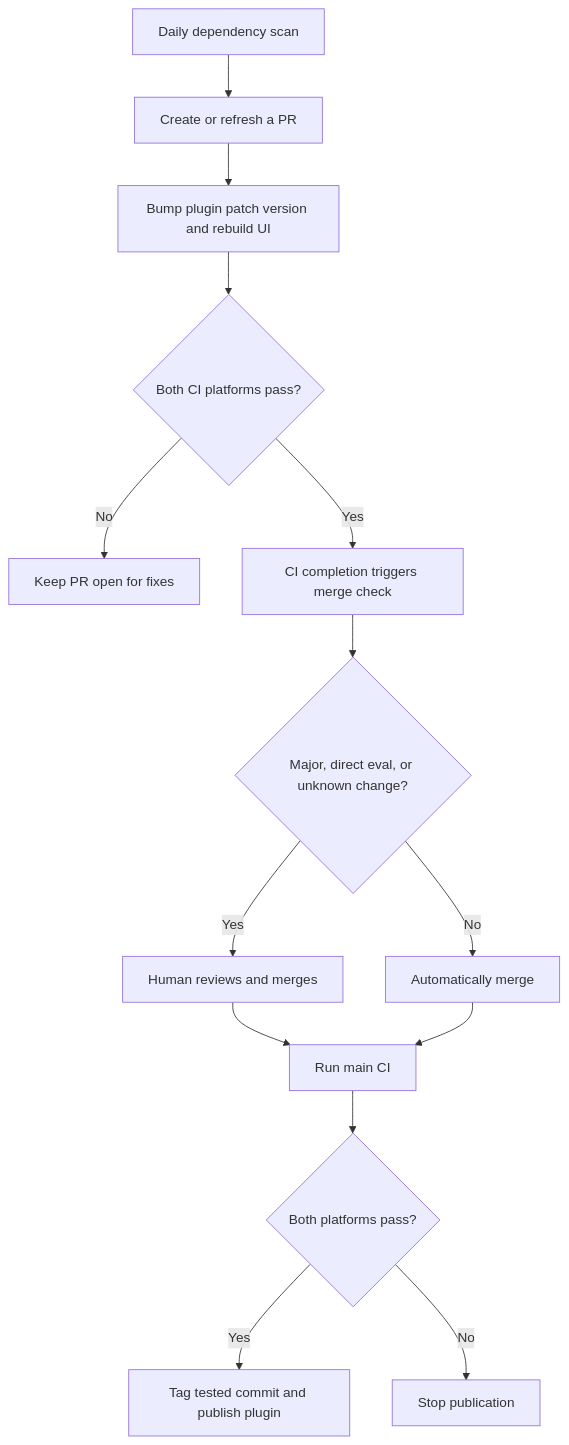
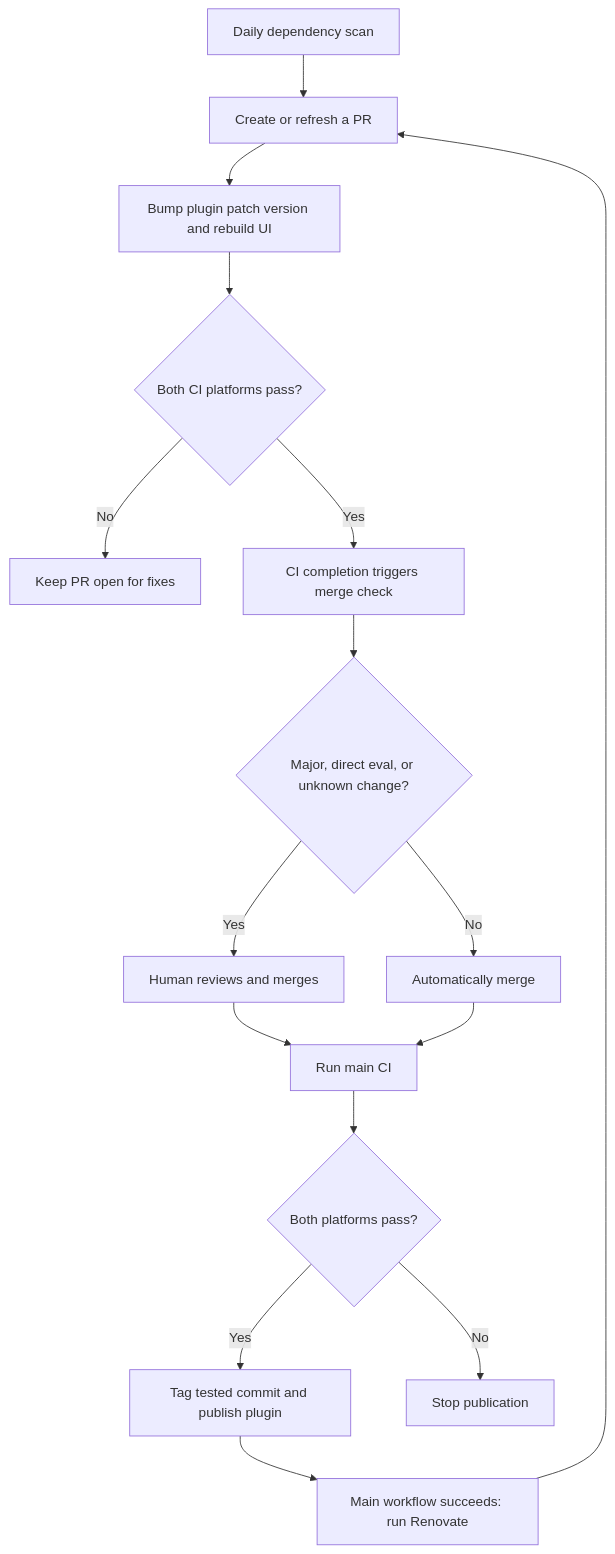
Before and after one commit to SamArgt/auto-bean: the diagram in docs/renovate.md, drawn with Mermaid. The commit also changed other lines of this file and 1 other file, not shown here.

Commit message:
Refresh Renovate PRs after successful main CI

````diff
--- a/docs/renovate.md
+++ b/docs/renovate.md
@@ -12,16 +15,18 @@
 ```mermaid
 flowchart TD
     A[Daily dependency scan] --> B[Create or refresh a PR]
     B --> C[Bump plugin patch version and rebuild UI]
     C --> D{Both CI platforms pass?}
     D -- No --> E[Keep PR open for fixes]
     D -- Yes --> M[CI completion triggers merge check]
     M --> F{Major, direct eval, or unknown change?}
     F -- Yes --> G[Human reviews and merges]
     F -- No --> H[Automatically merge]
     G --> I[Run main CI]
     H --> I
     I --> J{Both platforms pass?}
     J -- Yes --> K[Tag tested commit and publish plugin]
     J -- No --> L[Stop publication]
+    K --> R[Main workflow succeeds: run Renovate]
+    R --> B
 ```
````
